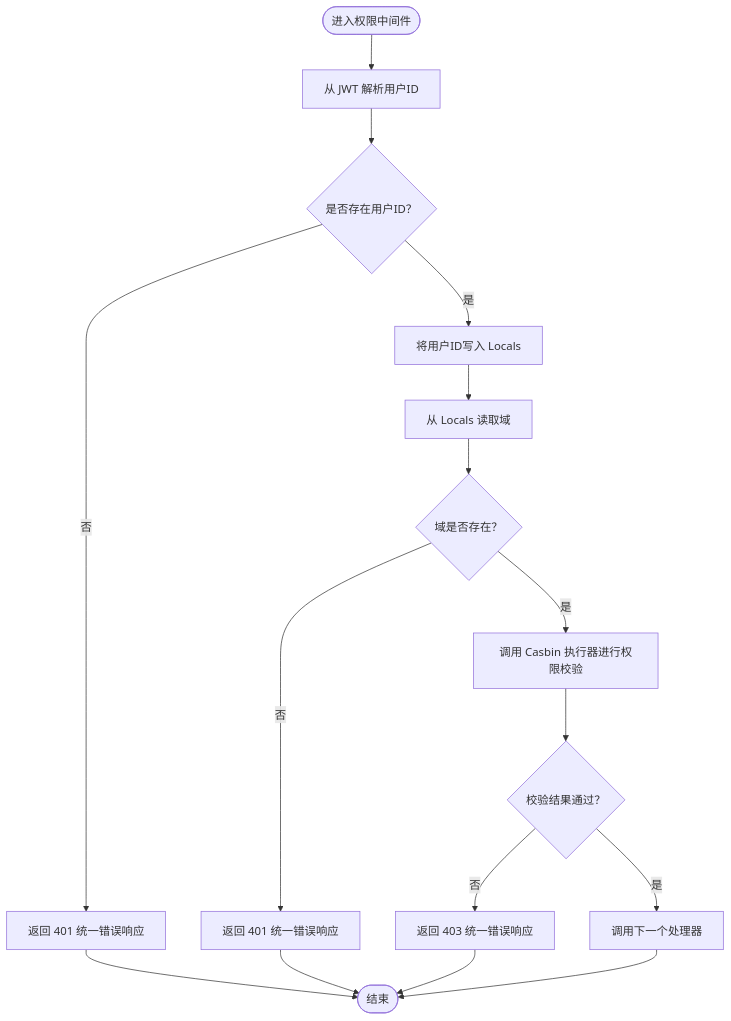
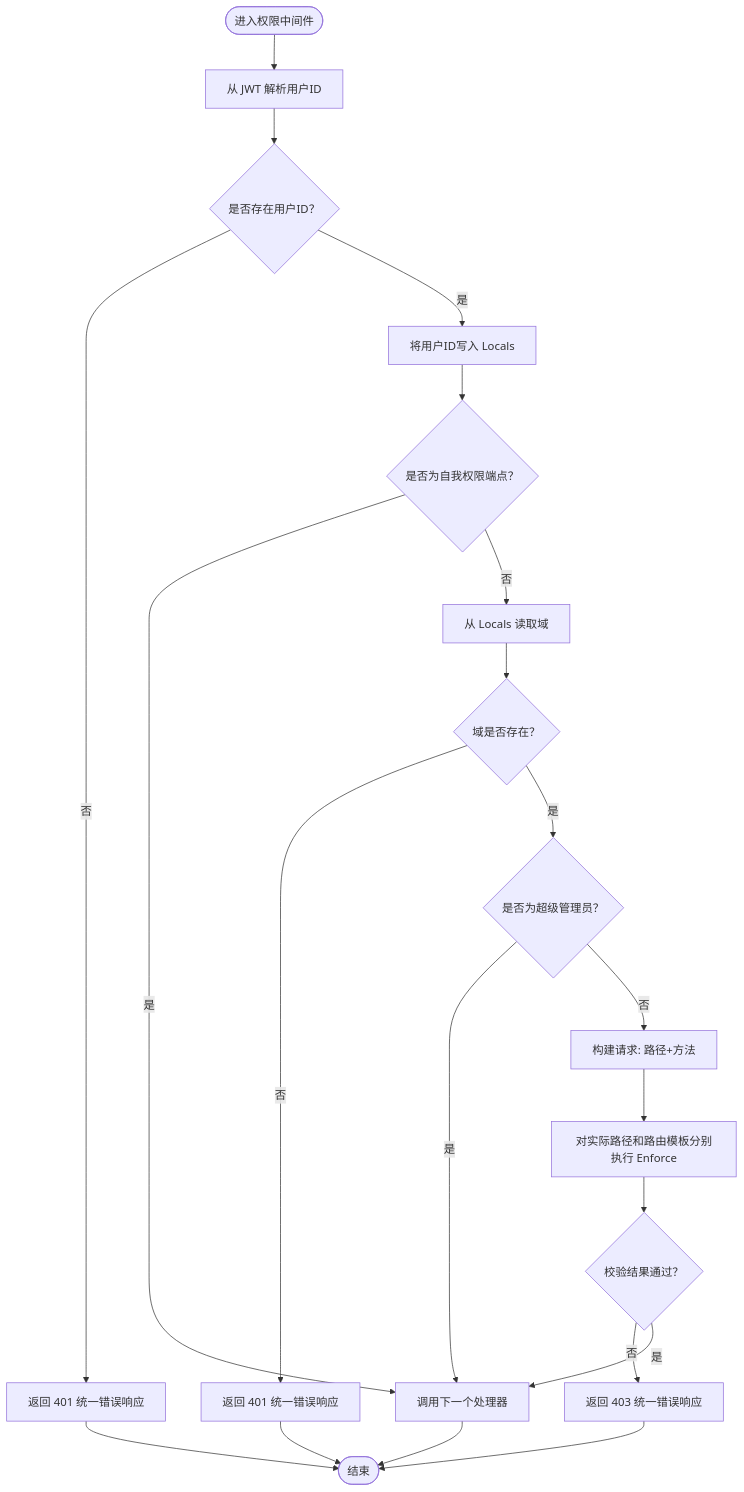
The third of 7 diagrams in .qoder/repowiki/zh/content/中间件系统/中间件系统.md (wuwuseo/e-sports-go-admin), drawn with Mermaid before and after one commit. The commit also changed other lines of this file and 42 other files, not shown here.

````diff
--- a/.qoder/repowiki/zh/content/中间件系统/中间件系统.md
+++ b/.qoder/repowiki/zh/content/中间件系统/中间件系统.md
@@ -131,18 +147,23 @@
 ```mermaid
 flowchart TD
 Start(["进入权限中间件"]) --> ParseJWT["从 JWT 解析用户ID"]
 ParseJWT --> HasUserID{"是否存在用户ID？"}
 HasUserID -- "否" --> Unauthorized["返回 401 统一错误响应"]
 HasUserID -- "是" --> SaveUID["将用户ID写入 Locals"]
-SaveUID --> GetDomain["从 Locals 读取域"]
+SaveUID --> SelfPerm{"是否为自我权限端点？"}
+SelfPerm -- "是" --> Next["调用下一个处理器"]
+SelfPerm -- "否" --> GetDomain["从 Locals 读取域"]
 GetDomain --> HasDomain{"域是否存在？"}
 HasDomain -- "否" --> DomainErr["返回 401 统一错误响应"]
-HasDomain -- "是" --> Enforce["调用 Casbin 执行器进行权限校验"]
+HasDomain -- "是" --> SuperAdmin{"是否为超级管理员？"}
+SuperAdmin -- "是" --> Next
+SuperAdmin -- "否" --> BuildReq["构建请求: 路径+方法"]
+BuildReq --> Enforce["对实际路径和路由模板分别执行 Enforce"]
 Enforce --> EnforceOK{"校验结果通过？"}
 EnforceOK -- "否" --> Forbidden["返回 403 统一错误响应"]
-EnforceOK -- "是" --> Next["调用下一个处理器"]
+EnforceOK -- "是" --> Next
 Unauthorized --> End(["结束"])
 DomainErr --> End
 Forbidden --> End
 Next --> End
 ```
````
